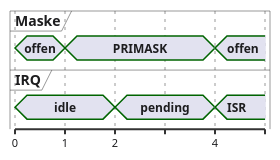
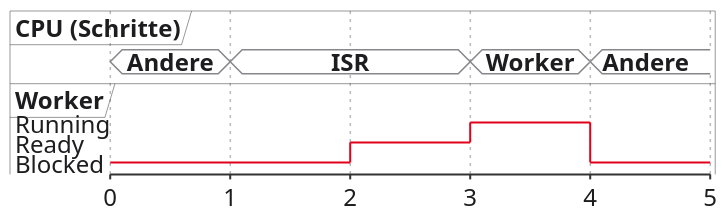
Before and after one commit to dantschi/echtzeitsysteme: the third of 6 diagrams in vorlesungen/04_synchronisation-ressourcen.qmd, drawn with PlantUML. The commit also changed other lines of this file and 4 other files, not shown here.

````diff
--- a/vorlesungen/04_synchronisation-ressourcen.qmd
+++ b/vorlesungen/04_synchronisation-ressourcen.qmd
@@ -332,26 +600,49 @@
 ```{.plantuml}
 @startuml
 skinparam backgroundColor transparent
 skinparam defaultFontName "Inter, sans-serif"
 skinparam defaultFontColor #1D1D1F
 skinparam ArrowColor #86868B
+skinparam ArrowFontName SansSerif
+skinparam NoteBackgroundColor #F5F5F7
+skinparam NoteBorderColor #E5E5EA
 skinparam timing {
   BackgroundColor #FFFFFF
   BorderColor #E5E5EA
   LineColor #1D1D1F
   SignalColor #E2001A
 }
-concise "Maske" as M
-concise "IRQ" as I
+skinparam defaultFontSize 24
+<style>
+timingDiagram {
+  FontName SansSerif
+  robust {
+    LineColor #E2001A
+    BackgroundColor #FFFFFF
+    FontColor #1D1D1F
+  }
+  concise {
+    LineColor #86868B
+    BackgroundColor #FFFFFF
+    FontColor #1D1D1F
+  }
+}
+</style>
+scale 1 as 120 pixels
+concise "CPU (Schritte)" as C
+robust "Worker" as W
 @0
-M is offen
-I is idle
+C is Andere
+W is Blocked
 @1
-M is PRIMASK
+C is ISR
 @2
-I is pending
+W is Ready
+@3
+C is Worker
+W is Running
 @4
-M is offen
-I is ISR
+C is Andere
+W is Blocked
 @enduml
 ```
````
